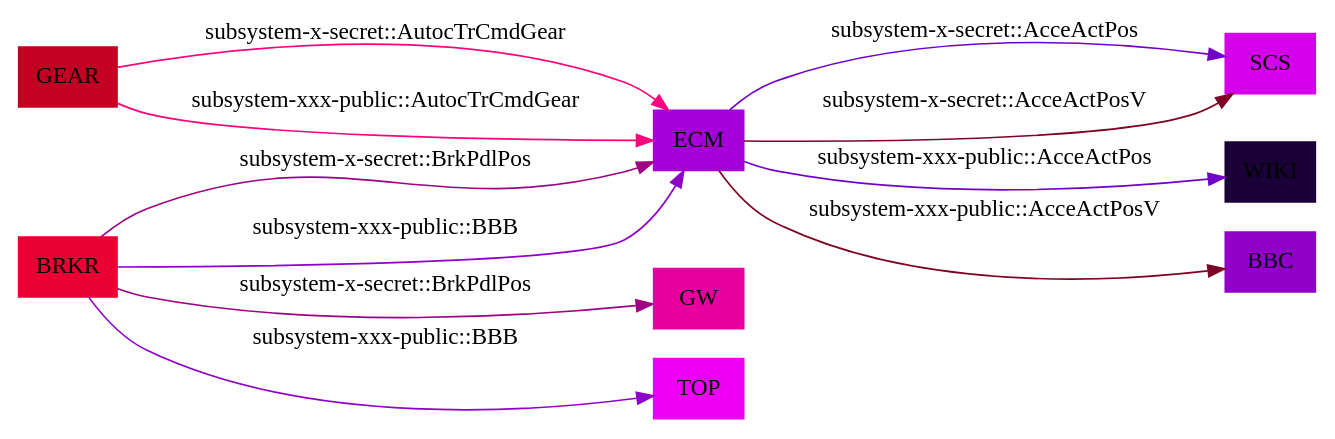
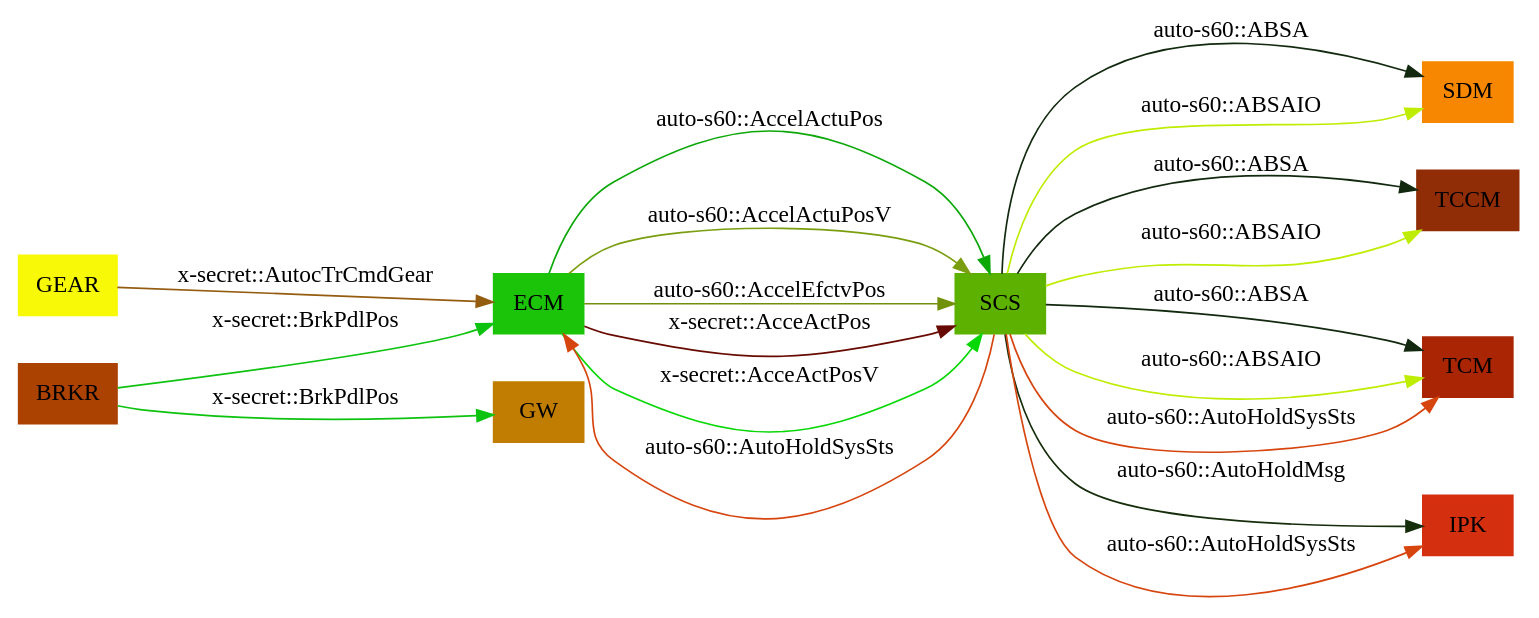
One commit to williamjoy/helloworld changed the diagram in graph.dot. Above: the diagram before and after it, drawn with Graphviz. The commit also changed 6 other files, not shown here.

```diff
--- a/graph.dot
+++ b/graph.dot
@@ -1,22 +1,31 @@
 digraph Signals {
 	graph [rankdir=LR title="ECU Signals"]
 	node [shape=box style=filled]
-		ECM [label=ECM color="#a500d7"]
-		SCS [label=SCS color="#d500eb"]
-			ECM -> SCS [label="subsystem-x-secret::AcceActPos" color="#7003ca"]
-			ECM -> SCS [label="subsystem-x-secret::AcceActPosV" color="#7d0424"]
-		GEAR [label=GEAR color="#c30122"]
-			GEAR -> ECM [label="subsystem-x-secret::AutocTrCmdGear" color="#fa057d"]
-		BRKR [label=BRKR color="#ea0134"]
-		GW [label=GW color="#e7009f"]
-			BRKR -> GW [label="subsystem-x-secret::BrkPdlPos" color="#9d0382"]
-			BRKR -> ECM [label="subsystem-x-secret::BrkPdlPos" color="#9d0382"]
-		WIKI [label=WIKI color="#1a0138"]
-			ECM -> WIKI [label="subsystem-xxx-public::AcceActPos" color="#7003ca"]
-		BBC [label=BBC color="#9000c9"]
-			ECM -> BBC [label="subsystem-xxx-public::AcceActPosV" color="#7d0424"]
-			GEAR -> ECM [label="subsystem-xxx-public::AutocTrCmdGear" color="#fa057d"]
-		TOP [label=TOP color="#ed00f5"]
-			BRKR -> TOP [label="subsystem-xxx-public::BBB" color="#8f00c8"]
-			BRKR -> ECM [label="subsystem-xxx-public::BBB" color="#8f00c8"]
+		ECM [label=ECM color="#1bc39"]
+		SCS [label=SCS color="#5db11"]
+			ECM -> SCS [label="auto-s60::AccelActuPos" color="#0ba88"]
+			ECM -> SCS [label="auto-s60::AccelActuPosV" color="#7a9ef"]
+			ECM -> SCS [label="auto-s60::AccelEfctvPos" color="#7291a"]
+		SDM [label=SDM color="#f7860"]
+			SCS -> SDM [label="auto-s60::ABSA" color="#1229f"]
+		TCCM [label=TCCM color="#902d6"]
+			SCS -> TCCM [label="auto-s60::ABSA" color="#1229f"]
+		TCM [label=TCM color="#a9254"]
+			SCS -> TCM [label="auto-s60::ABSA" color="#1229f"]
+			SCS -> SDM [label="auto-s60::ABSAIO" color="#beed2"]
+			SCS -> TCCM [label="auto-s60::ABSAIO" color="#beed2"]
+			SCS -> TCM [label="auto-s60::ABSAIO" color="#beed2"]
+		IPK [label=IPK color="#d42ff"]
+			SCS -> IPK [label="auto-s60::AutoHoldMsg" color="#162db"]
+			SCS -> IPK [label="auto-s60::AutoHoldSysSts" color="#d745e"]
+			SCS -> ECM [label="auto-s60::AutoHoldSysSts" color="#d745e"]
+			SCS -> TCM [label="auto-s60::AutoHoldSysSts" color="#d745e"]
+			ECM -> SCS [label="x-secret::AcceActPos" color="#670a2"]
+			ECM -> SCS [label="x-secret::AcceActPosV" color="#07d85"]
+		GEAR [label=GEAR color="#f7f96"]
+			GEAR -> ECM [label="x-secret::AutocTrCmdGear" color="#945cf"]
+		BRKR [label=BRKR color="#ab422"]
+		GW [label=GW color="#c17d1"]
+			BRKR -> GW [label="x-secret::BrkPdlPos" color="#0dc3f"]
+			BRKR -> ECM [label="x-secret::BrkPdlPos" color="#0dc3f"]
 }
```
